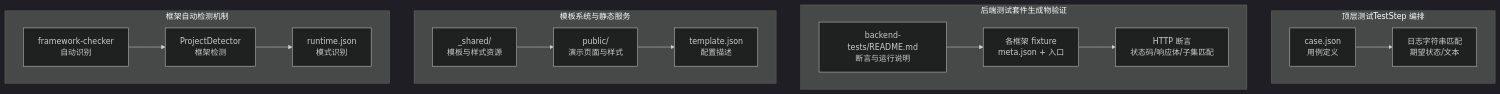
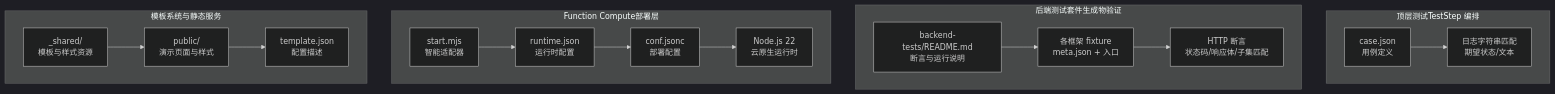
One commit to esa-sp/test-for-aone-ci changed the second of 11 diagrams in .qoder/repowiki/zh/content/后端框架测试/后端框架测试.md. Above: the diagram before and after it, drawn with Mermaid (dark theme). The commit also changed other lines of this file and 51 other files, not shown here.

````diff
--- a/.qoder/repowiki/zh/content/后端框架测试/后端框架测试.md
+++ b/.qoder/repowiki/zh/content/后端框架测试/后端框架测试.md
@@ -127,26 +137,27 @@
 ```mermaid
 graph TB
 subgraph "顶层测试TestStep 编排"
 T1["case.json<br/>用例定义"]
 T2["日志字符串匹配<br/>期望状态/文本"]
 end
 subgraph "后端测试套件生成物验证"
 B1["backend-tests/README.md<br/>断言与运行说明"]
 B2["各框架 fixture<br/>meta.json + 入口"]
 B3["HTTP 断言<br/>状态码/响应体/子集匹配"]
 end
+subgraph "Function Compute部署层"
+FC1["start.mjs<br/>智能适配器"]
+FC2["runtime.json<br/>运行时配置"]
+FC3["conf.jsonc<br/>部署配置"]
+FC4["Node.js 22<br/>云原生运行时"]
+end
 subgraph "模板系统与静态服务"
 S1["_shared/<br/>模板与样式资源"]
 S2["public/<br/>演示页面与样式"]
 S3["template.json<br/>配置描述"]
 end
-subgraph "框架自动检测机制"
-F1["framework-checker<br/>自动识别"]
-F2["ProjectDetector<br/>框架检测"]
-F3["runtime.json<br/>模式识别"]
-end
 T1 --> T2
 B1 --> B2 --> B3
+FC1 --> FC2 --> FC3 --> FC4
 S1 --> S2 --> S3
-F1 --> F2 --> F3
 ```
````
